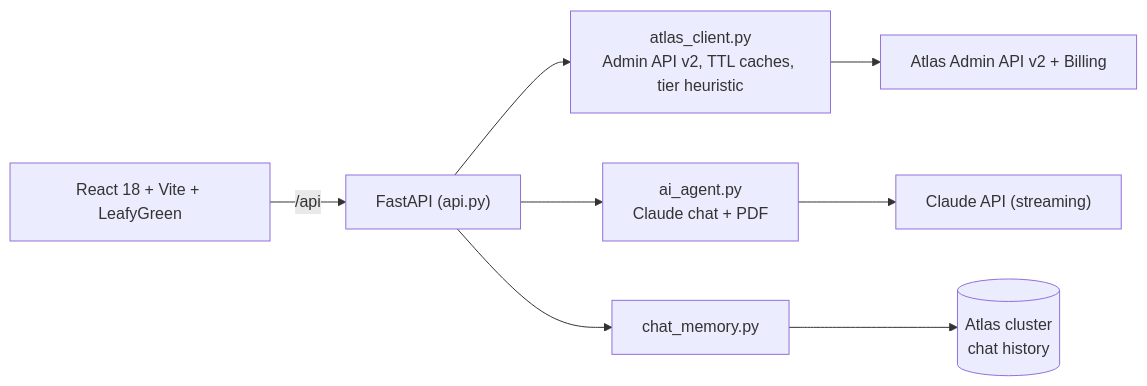
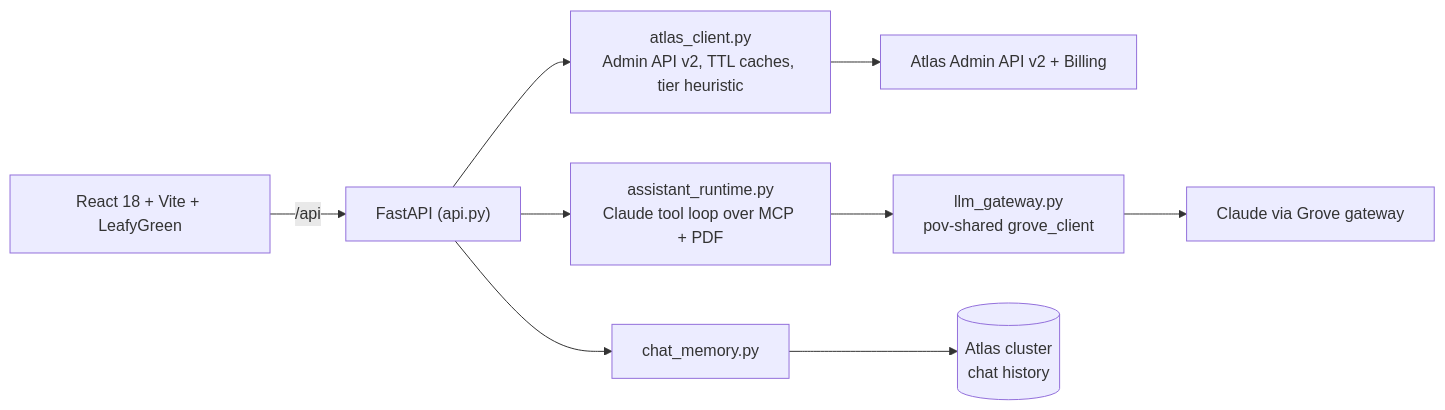
Before and after one commit to adrianofratelli-glitch/atlas-control-plane: the diagram in README.md, drawn with Mermaid. The commit also changed other lines of this file and 8 other files, not shown here.

````diff
--- a/README.md
+++ b/README.md
@@ -39,10 +39,10 @@
 ```mermaid
 flowchart LR
     UI["React 18 + Vite + LeafyGreen"] -- "/api" --> API["FastAPI (api.py)"]
     API --> AC["atlas_client.py<br/>Admin API v2, TTL caches, tier heuristic"]
-    API --> AI["ai_agent.py<br/>Claude chat + PDF"]
+    API --> AI["assistant_runtime.py<br/>Claude tool loop over MCP + PDF"]
     API --> CM["chat_memory.py"]
     AC --> ATLAS["Atlas Admin API v2 + Billing"]
-    AI --> CLAUDE["Claude API (streaming)"]
+    AI --> GW["llm_gateway.py<br/>pov-shared grove_client"] --> CLAUDE["Claude via Grove gateway"]
     CM --> DB[("Atlas cluster<br/>chat history")]
 ```
````
